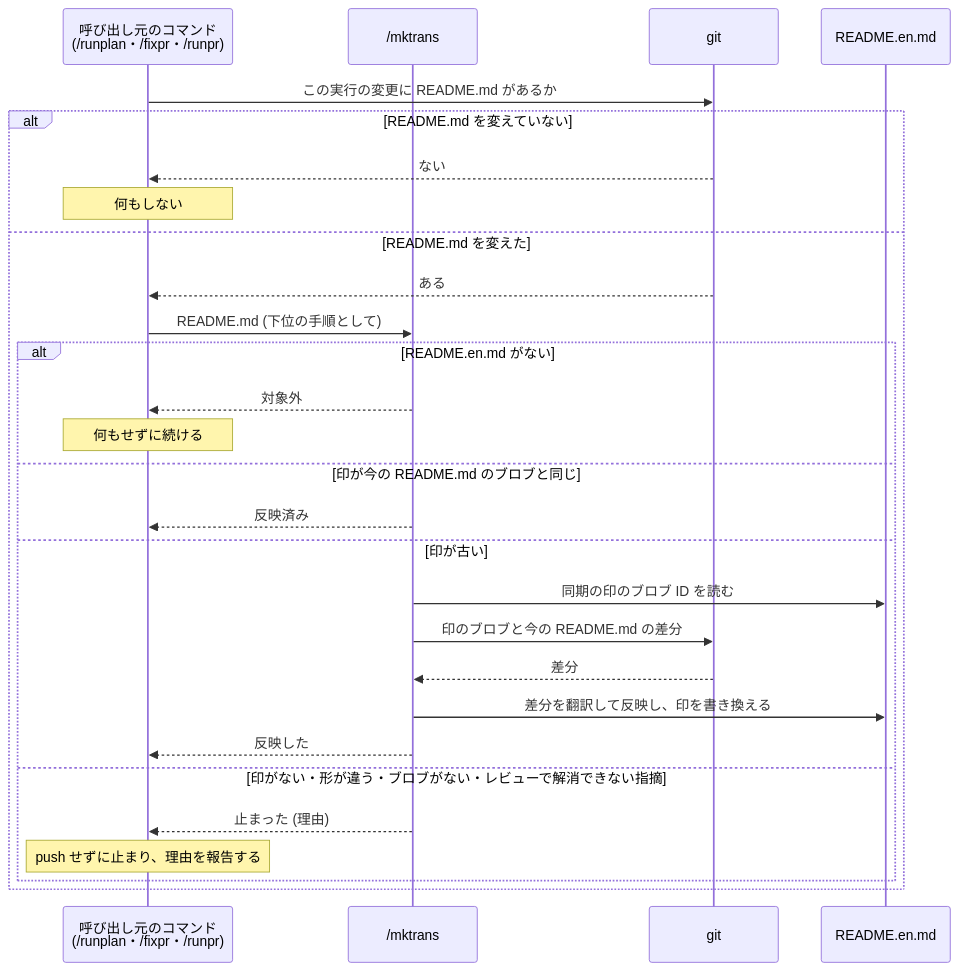
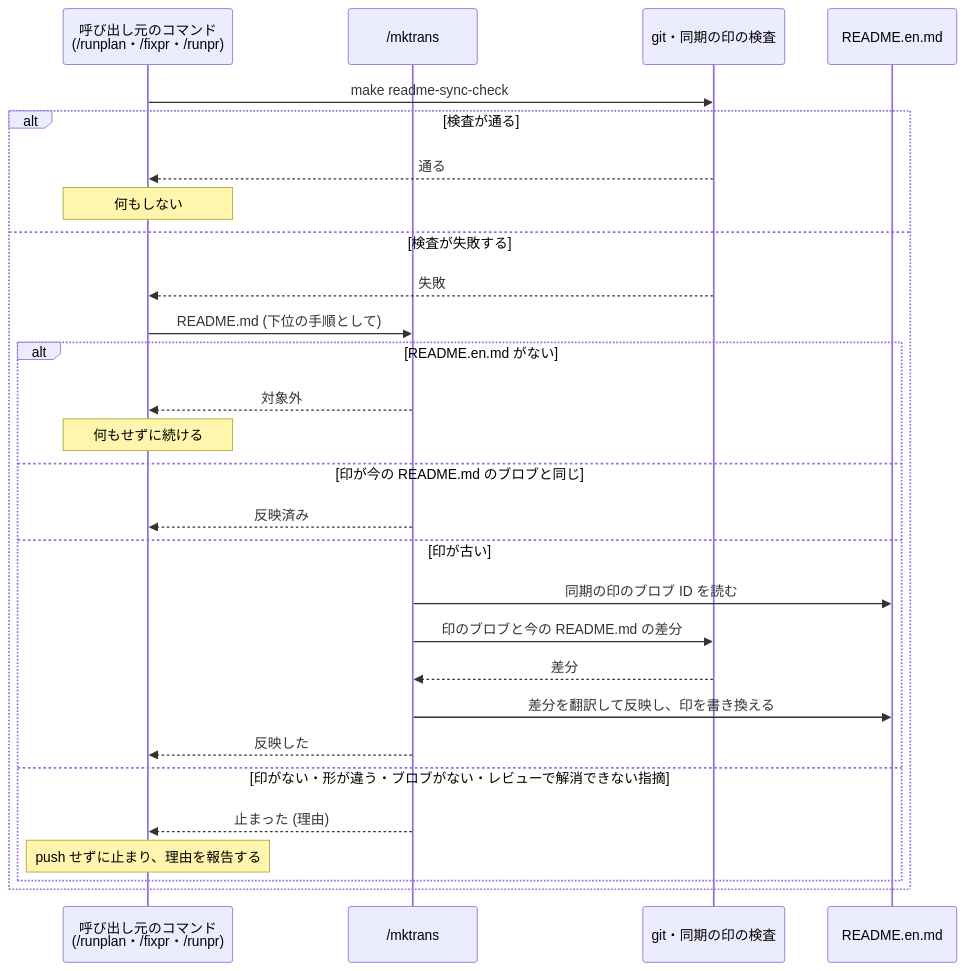
One commit to isseis/yt2column changed the fifth of 7 diagrams in docs/tasks/0048_doc_language_policy/02_architecture.md. Above: the diagram before and after it, drawn with Mermaid. The commit also changed other lines of this file and 14 other files, not shown here.

````diff
--- a/docs/tasks/0048_doc_language_policy/02_architecture.md
+++ b/docs/tasks/0048_doc_language_policy/02_architecture.md
@@ -188,31 +188,31 @@
 ```mermaid
 sequenceDiagram
     participant C as 呼び出し元のコマンド<br>(/runplan・/fixpr・/runpr)
     participant T as /mktrans
-    participant G as git
+    participant G as git・同期の印の検査
     participant E as README.en.md
 
-    C->>G: この実行の変更に README.md があるか
-    alt README.md を変えていない
-        G-->>C: ない
+    C->>G: make readme-sync-check
+    alt 検査が通る
+        G-->>C: 通る
         Note over C: 何もしない
-    else README.md を変えた
-        G-->>C: ある
+    else 検査が失敗する
+        G-->>C: 失敗
         C->>T: README.md (下位の手順として)
         alt README.en.md がない
             T-->>C: 対象外
             Note over C: 何もせずに続ける
         else 印が今の README.md のブロブと同じ
             T-->>C: 反映済み
         else 印が古い
             T->>E: 同期の印のブロブ ID を読む
             T->>G: 印のブロブと今の README.md の差分
             G-->>T: 差分
             T->>E: 差分を翻訳して反映し、印を書き換える
             T-->>C: 反映した
         else 印がない・形が違う・ブロブがない・レビューで解消できない指摘
             T-->>C: 止まった (理由)
             Note over C: push せずに止まり、理由を報告する
         end
     end
 ```
````
